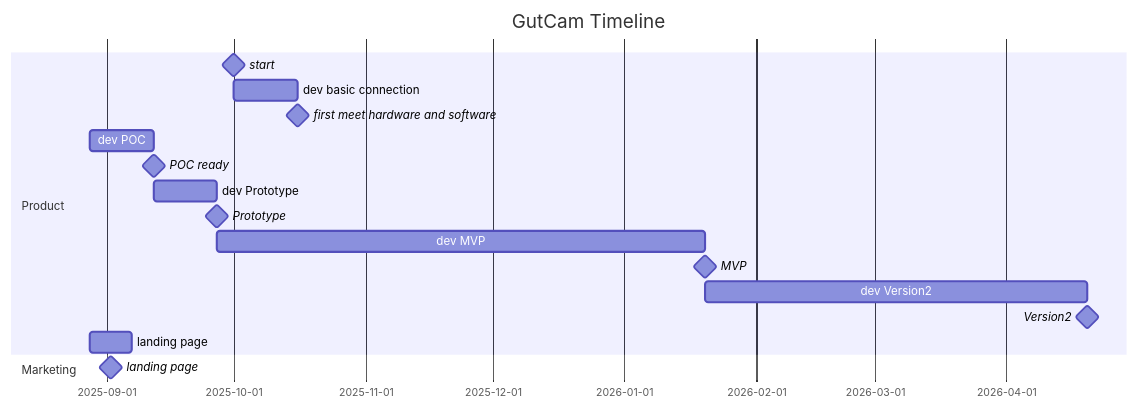
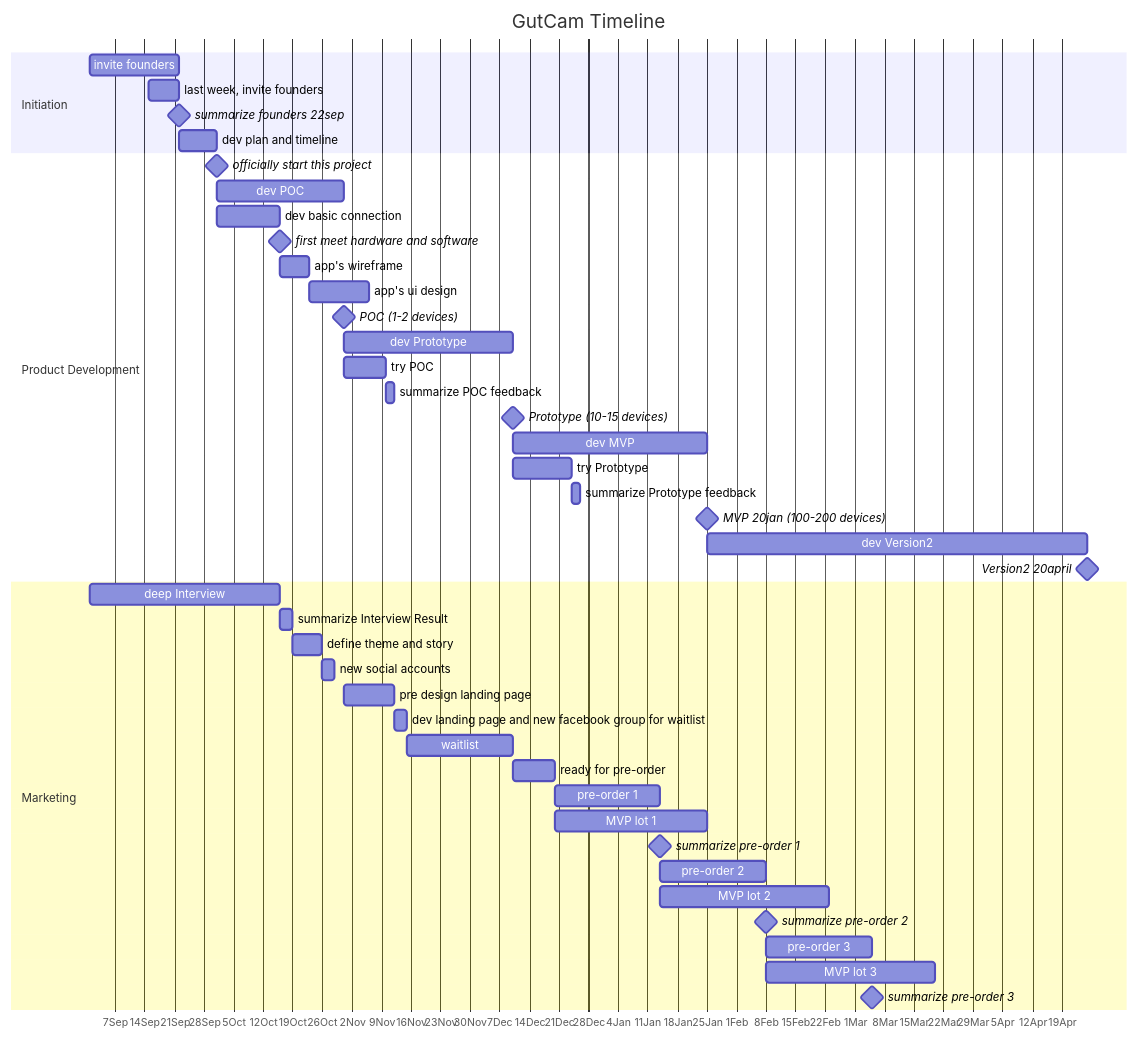
Before and after one commit to s0ngkran/gutcam_timeline: the diagram in timeline.mmd, drawn with Mermaid. The commit also changed other lines of this file and 2 other files, not shown here.

Commit message:
init timeline

```diff
--- a/timeline.mmd
+++ b/timeline.mmd
@@ -1,20 +1,49 @@
 gantt
     dateFormat  YYYY-MM-D
     title       GutCam Timeline
+    axisFormat  %-d%b
+    tickInterval 1week
 
-    section Product
-    start                                :milestone, start, 2025-10-1, 0d
+    section Initiation
+    invite founders                      :invitefounder, 2025-09-1, until founder
+    last week, invite founders           :lastweek, 2025-09-15, until founder
+    summarize founders 22sep             :milestone, founder, 2025-09-22, 0d
+    dev plan and timeline                :plan, after founder, until start
+
+    section Product Development
+    officially start this project        :milestone, start, 2025-10-1, 0d
+    dev POC                              :dev_poc, after start, 30d
     dev basic connection                 :dev1, after start, 15d
-    first meet hardware and software     :milestone, meet
-    dev POC                              :dev2, after meet, 15d
-    POC ready                            :milestone, after dev2
-    dev Prototype                        :devpro, after dev2, 15d
-    Prototype                            :milestone, after devpro
+    first meet hardware and software     :milestone, firstmeet, after dev1, 0d
+    app's wireframe                      :wireframe, after firstmeet, 7d
+    app's ui design                      :ui, after wireframe, 14d     
+    POC (1-2 devices)                    :milestone, after dev_poc, 0d
+    dev Prototype                        :devpro, after dev_poc, 40d
+    try POC                              :try_poc, after dev_poc, 10d
+    summarize POC feedback               :sum_poc, after try_poc, 2d
+    Prototype (10-15 devices)            :milestone, after devpro, 0d
     dev MVP                              :devmvp, after devpro, until mvp
-    MVP                                  :milestone, mvp, 2026-1-20, 0d
+    try Prototype                        :trypro, after devpro, 14d
+    summarize Prototype feedback         :sumpro, after trypro, 2d
+    MVP 20jan (100-200 devices)          :milestone, mvp, 2026-1-25, 0d
     dev Version2                         :devv2, after mvp, until v2
-    Version2                             :milestone, v2, 2026-4-20, 0d
-    landing page                         :landing, after meet, 10d
+    Version2 20april                     :milestone, v2, 2026-4-25, 0d
 
     section Marketing
-    landing page                         :milestone, after meet, 10d
+    deep Interview                       :interview, 2025-09-1, until suminterview
+    summarize Interview Result           :suminterview, after firstmeet, 3d
+    define theme and story               :theme, after suminterview, 7d
+    new social accounts                  :newsocial, after theme, 3d
+    pre design landing page              :pre_landing, after dev_poc, until dev_landing
+    dev landing page and new facebook group for waitlist       :dev_landing, after sum_poc, 3d
+    waitlist                             :waitlist, after dev_landing, until landing_preorder
+    ready for pre-order                  :landing_preorder, after devpro, 10d
+    pre-order 1                          :preorder1, after landing_preorder, 25d
+    MVP lot 1                            :mvp1, after landing_preorder, until mvp
+    summarize pre-order 1                :milestone, sumpreorder1, after preorder1, 0d
+    pre-order 2                          :preorder2, after sumpreorder1, 25d
+    MVP lot 2                            :mvp2, after sumpreorder1, 40d
+    summarize pre-order 2                :milestone, sumpreorder2, after preorder2, 0d
+    pre-order 3                          :preorder3, after sumpreorder2, 25d
+    MVP lot 3                            :mvp3, after sumpreorder2, 40d
+    summarize pre-order 3                :milestone, sumpreorder3, after preorder3, 0d
```
